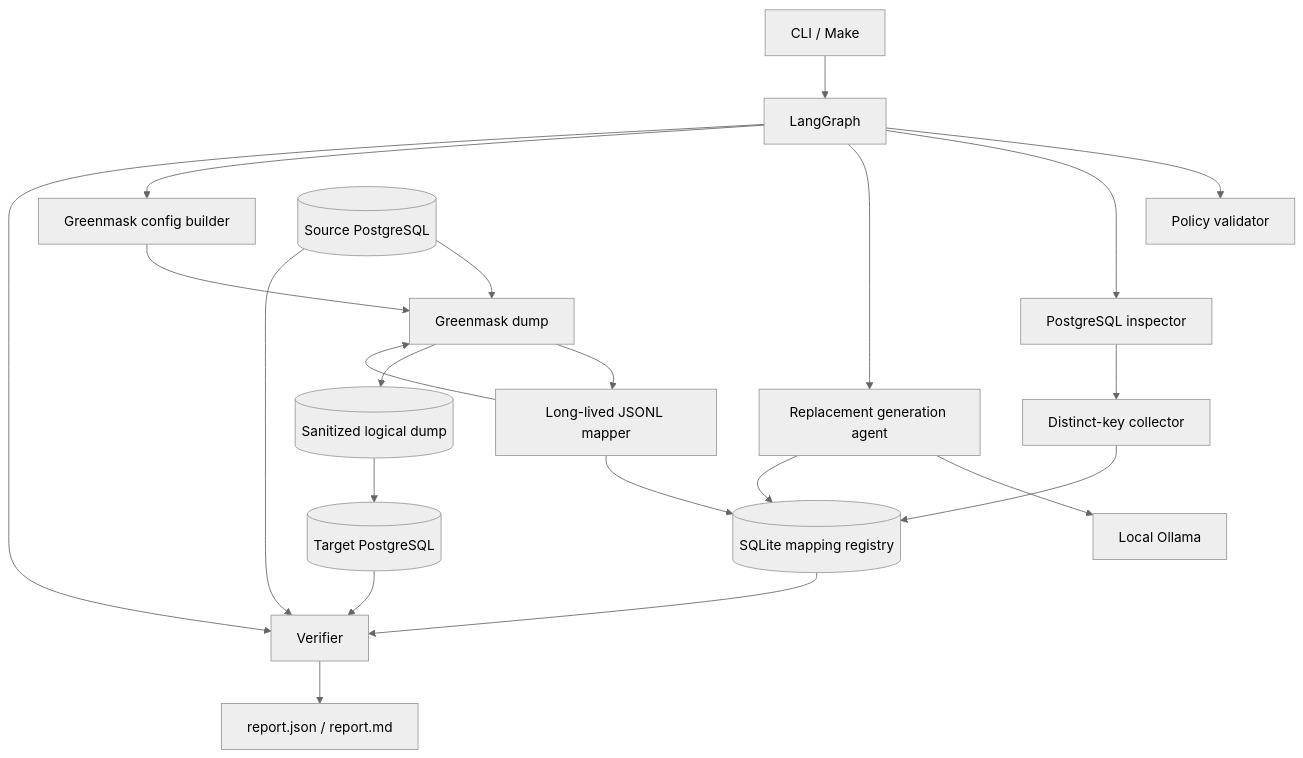
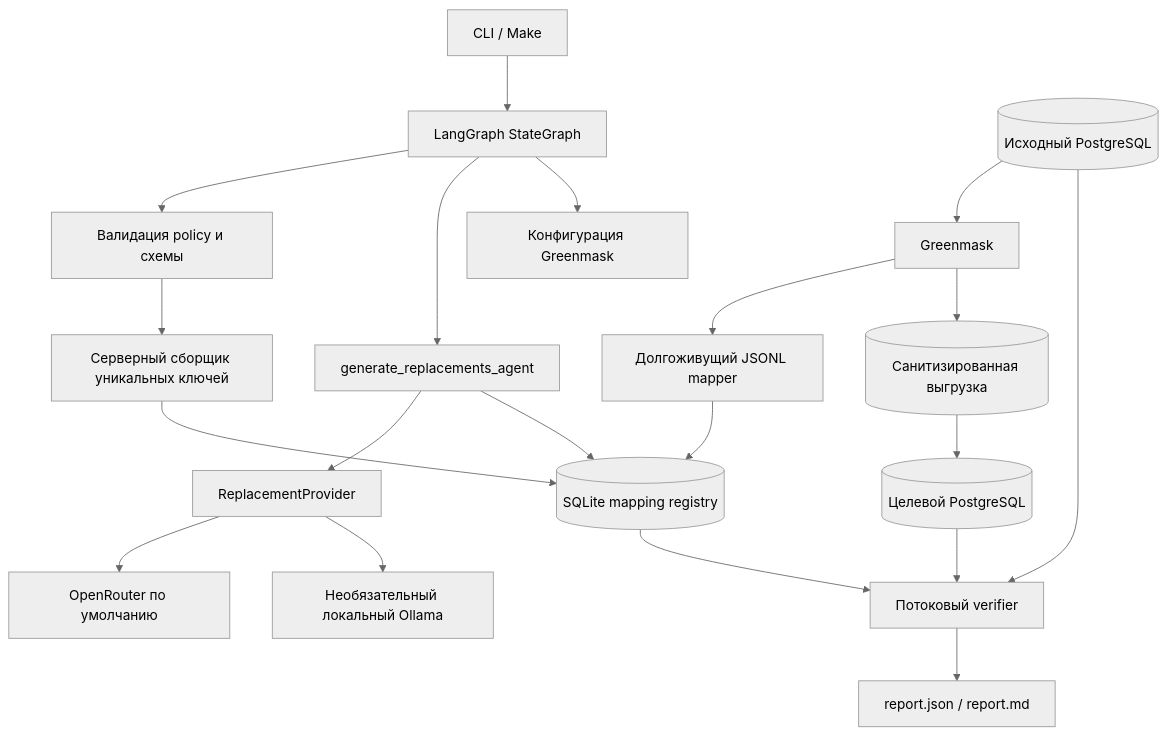
The diagram in ARCHITECTURE.md (CrazyAngelm/db-sanitizer), drawn with Mermaid (neutral theme) before and after one commit. The commit also changed other lines of this file and 39 other files, not shown here.

````diff
--- a/ARCHITECTURE.md
+++ b/ARCHITECTURE.md
@@ -14,24 +17,22 @@
 ```mermaid
 flowchart TD
-    CLI[CLI / Make] --> LG[LangGraph]
-    LG --> P[Policy validator]
-    LG --> I[PostgreSQL inspector]
-    I --> C[Distinct-key collector]
+    CLI[CLI / Make] --> LG[LangGraph StateGraph]
+    LG --> P[Валидация policy и схемы]
+    P --> C[Серверный сборщик уникальных ключей]
     C --> R[(SQLite mapping registry)]
-    LG --> A[Replacement generation agent]
-    A --> O[Local Ollama]
+    LG --> A[generate_replacements_agent]
+    A --> LP[ReplacementProvider]
+    LP --> OR[OpenRouter по умолчанию]
+    LP --> OL[Необязательный локальный Ollama]
     A --> R
-    LG --> B[Greenmask config builder]
-    B --> G[Greenmask dump]
-    S[(Source PostgreSQL)] --> G
-    G --> M[Long-lived JSONL mapper]
+    LG --> G[Конфигурация Greenmask]
+    S[(Исходный PostgreSQL)] --> GM[Greenmask]
+    GM --> M[Долгоживущий JSONL mapper]
     M --> R
-    M --> G
-    G --> D[(Sanitized logical dump)]
-    D --> T[(Target PostgreSQL)]
-    LG --> V[Verifier]
-    S --> V
+    GM --> D[(Санитизированная выгрузка)]
+    D --> T[(Целевой PostgreSQL)]
+    S --> V[Потоковый verifier]
     T --> V
     R --> V
     V --> REP[report.json / report.md]
 ```
````
